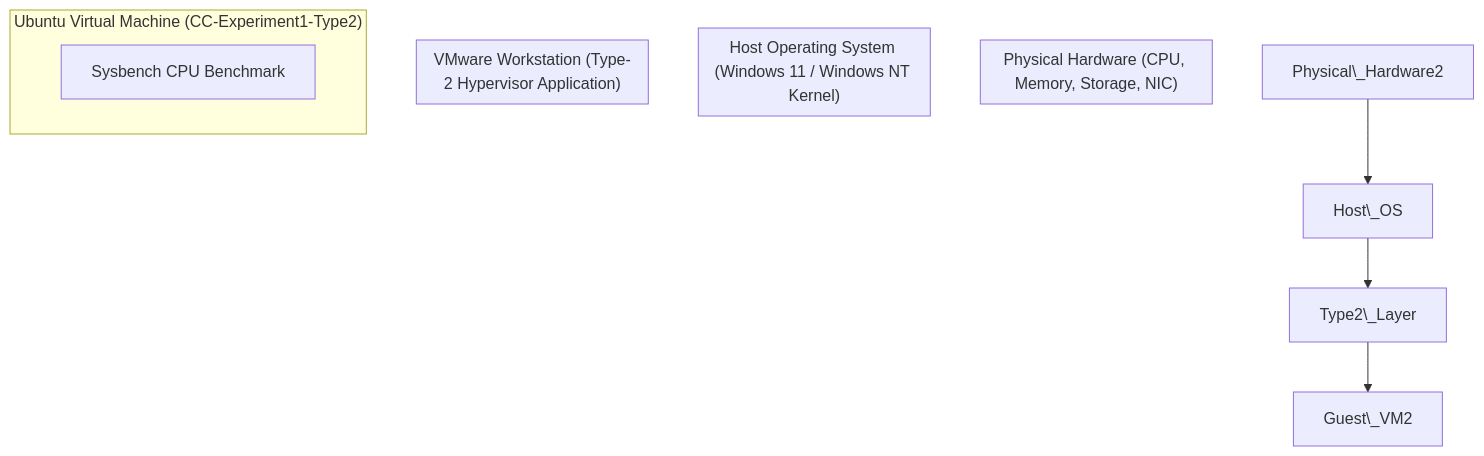
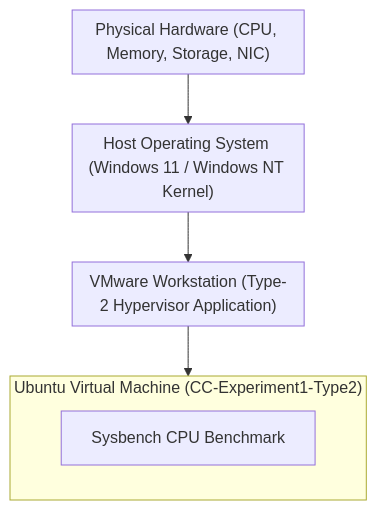
Before and after one commit to joshuadasari11/CC-Lab: the second of 2 diagrams in README.md, drawn with Mermaid. The commit also changed other lines of this file, not shown here.

````diff
--- a/README.md
+++ b/README.md
@@ -90,19 +89,19 @@
 ```mermaid
 graph TD
-    subgraph Physical\_Hardware2\["Physical Hardware (CPU, Memory, Storage, NIC)"]
+    subgraph Physical_Hardware2["Physical Hardware (CPU, Memory, Storage, NIC)"]
     end
 
-    subgraph Host\_OS\["Host Operating System (Windows 11 / Windows NT Kernel)"]
+    subgraph Host_OS["Host Operating System (Windows 11 / Windows NT Kernel)"]
     end
     
-    subgraph Type2\_Layer\["VMware Workstation (Type-2 Hypervisor Application)"]
+    subgraph Type2_Layer["VMware Workstation (Type-2 Hypervisor Application)"]
     end
     
-    subgraph Guest\_VM2\["Ubuntu Virtual Machine (CC-Experiment1-Type2)"]
-        Sysbench2\["Sysbench CPU Benchmark"]
+    subgraph Guest_VM2["Ubuntu Virtual Machine (CC-Experiment1-Type2)"]
+        Sysbench2["Sysbench CPU Benchmark"]
     end
     
-    Physical\_Hardware2 --> Host\_OS
-    Host\_OS --> Type2\_Layer
-    Type2\_Layer --> Guest\_VM2
+    Physical_Hardware2 --> Host_OS
+    Host_OS --> Type2_Layer
+    Type2_Layer --> Guest_VM2
 ```
````
